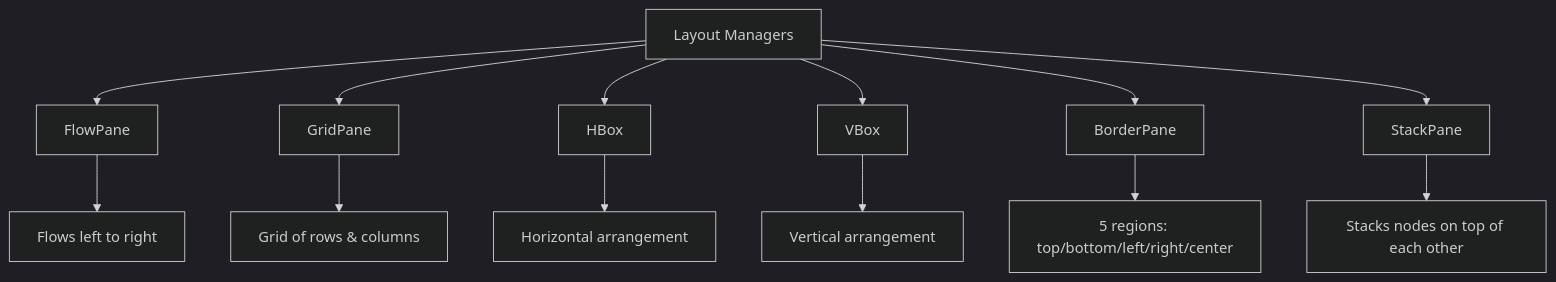
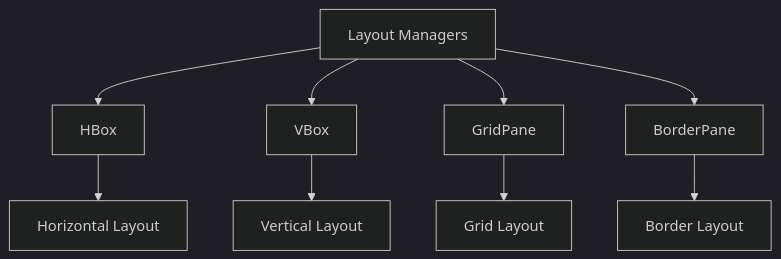
Before and after one commit to DanielCreggOrganization/w11-lab-javafx-zainabajiboye: the third of 4 diagrams in README.md, drawn with Mermaid (dark theme). The commit also changed other lines of this file, not shown here.

````diff
--- a/README.md
+++ b/README.md
@@ -175,15 +217,11 @@
 ```mermaid
 graph TD
-    A[Layout Managers] --> B[FlowPane]
-    A --> C[GridPane]
-    A --> D[HBox]
-    A --> E[VBox]
-    A --> F[BorderPane]
-    A --> G[StackPane]
-    B --> H[Flows left to right]
-    C --> I[Grid of rows & columns]
-    D --> J[Horizontal arrangement]
-    E --> K[Vertical arrangement]
-    F --> L[5 regions: top/bottom/left/right/center]
-    G --> M[Stacks nodes on top of each other]
+    A[Layout Managers] --> B[HBox]
+    A --> C[VBox]
+    A --> D[GridPane]
+    A --> E[BorderPane]
+    B --> F[Horizontal Layout]
+    C --> G[Vertical Layout]
+    D --> H[Grid Layout]
+    E --> I[Border Layout]
 ```
````
